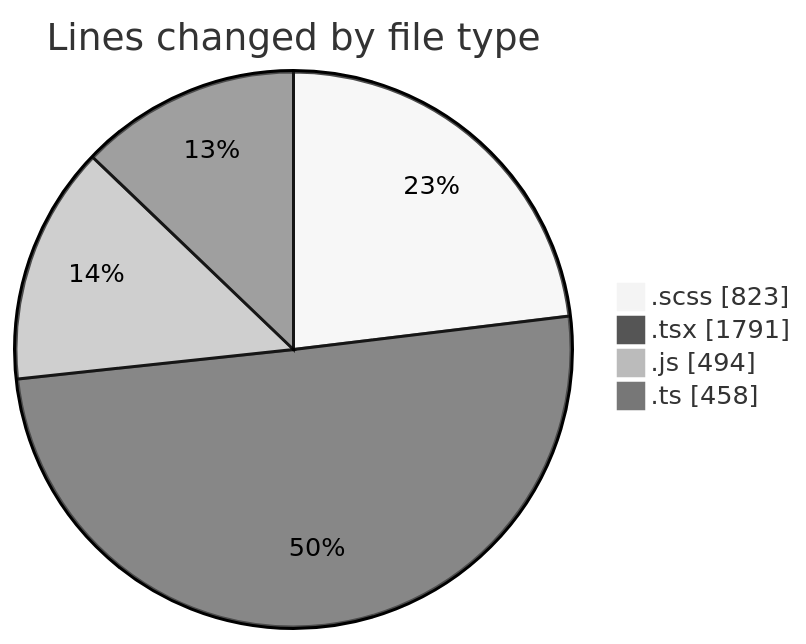
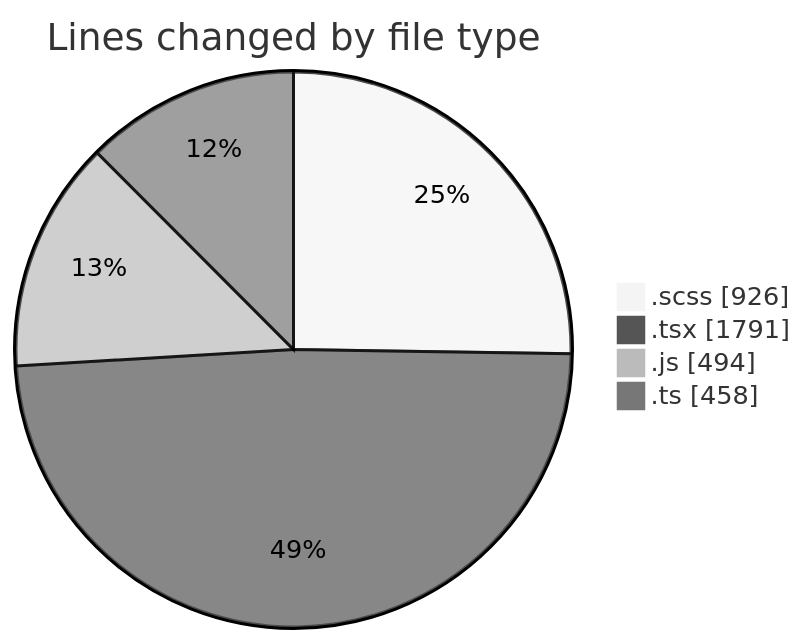
The first of 2 diagrams in 2025-03-14/cda/README.md (momahboobian/code-tracking), drawn with Mermaid (neutral theme) before and after one commit. The commit also changed other lines of this file and 1 other file, not shown here.

````diff
--- a/2025-03-14/cda/README.md
+++ b/2025-03-14/cda/README.md
@@ -39,8 +39,8 @@
 ```mermaid
 pie showData
 title Lines changed by file type
-".scss" : 823
+".scss" : 926
 ".tsx" : 1791
 ".js" : 494
 ".ts" : 458
 ```
````
